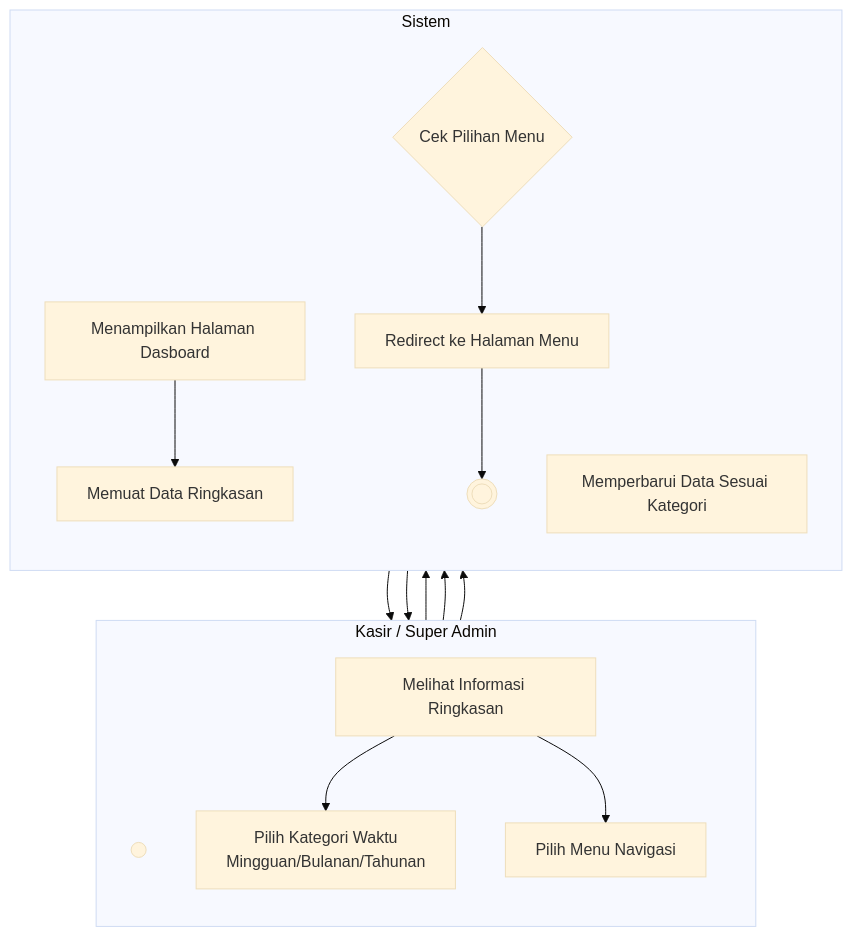
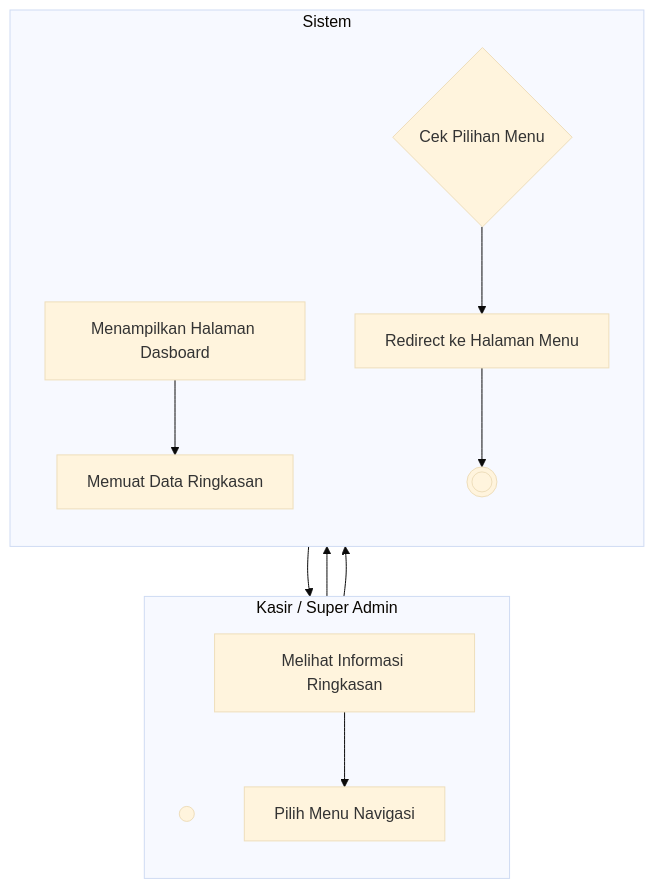
The diagram in Diagram activity dasboard.md (umarfa11/Tugas-Proyek), drawn with Mermaid (base theme) before and after one commit. The commit also changed other lines of this file and 1 other file, not shown here.

Commit message:
feat: implement dashboard page with real-time statistics, transaction charts, and activity documentation

````diff
--- a/Diagram activity dasboard.md
+++ b/Diagram activity dasboard.md
@@ -3,31 +3,26 @@
 ```mermaid
 flowchart TD
     subgraph Aktor [Kasir / Super Admin]
         direction TB
         Start(( ))
         B1[Melihat Informasi Ringkasan]
-        B2[Pilih Kategori Waktu <br> Mingguan/Bulanan/Tahunan]
-        B3[Pilih Menu Navigasi]
+        B2[Pilih Menu Navigasi]
     end
 
     subgraph Sistem [Sistem]
         direction TB
         C1[Menampilkan Halaman Dasboard]
         C2[Memuat Data Ringkasan]
-        C3[Memperbarui Data Sesuai Kategori]
-        C4{Cek Pilihan Menu}
-        C5[Redirect ke Halaman Menu]
+        C3{Cek Pilihan Menu}
+        C4[Redirect ke Halaman Menu]
         End((( )))
     end
 
     Start --> C1
     C1 --> C2
     C2 --> B1
     B1 --> B2
     B2 --> C3
-    C3 --> B1
-    B1 --> B3
-    B3 --> C4
-    C4 --> C5
-    C5 --> End
+    C3 --> C4
+    C4 --> End
 ```
````
